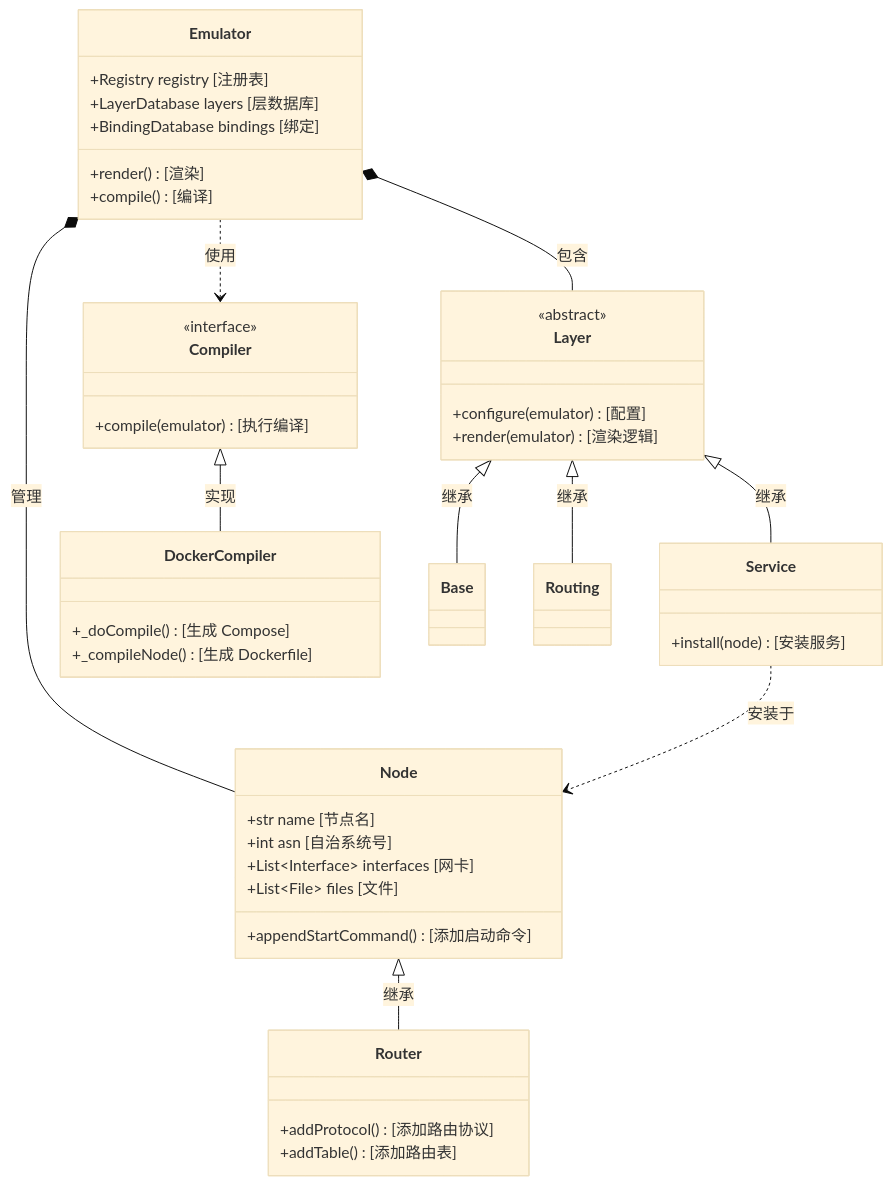
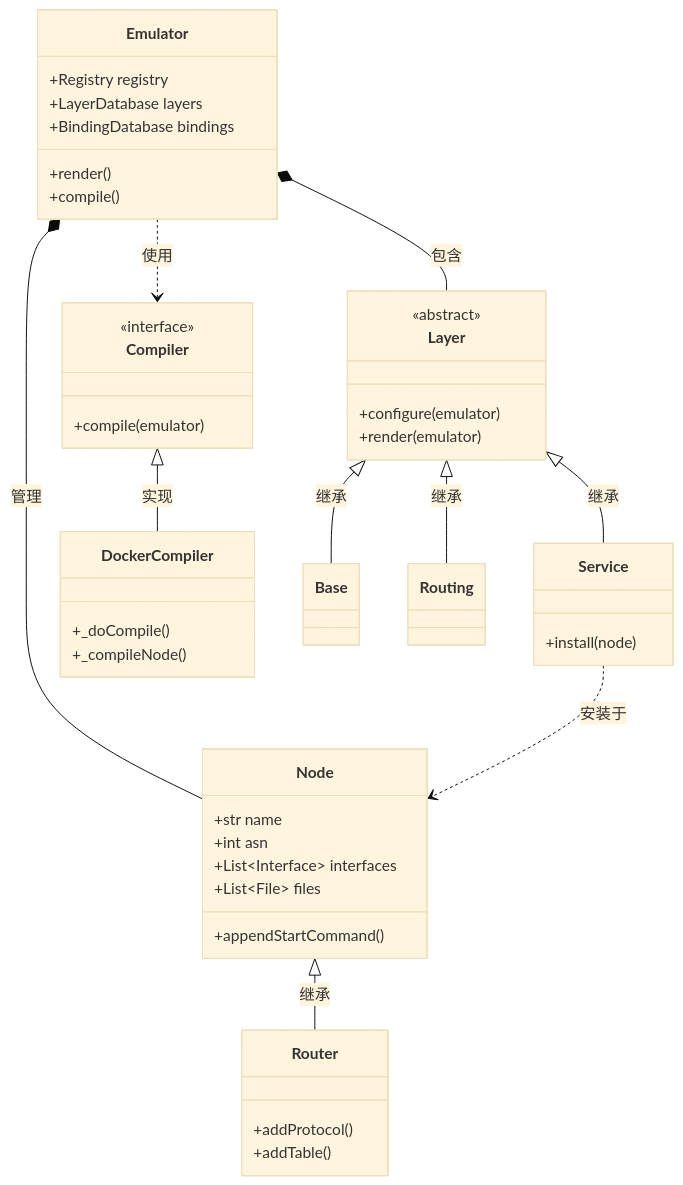
Before and after one commit to Anchorite-no/seed-emulator: the second of 3 diagrams in SEED_EMULATOR_DEEP_DIVE.md, drawn with Mermaid (base theme). The commit also changed other lines of this file, not shown here.

First line of the commit message:
Update SEED Emulator Whitepaper with deep features and localized diagrams

````diff
--- a/SEED_EMULATOR_DEEP_DIVE.md
+++ b/SEED_EMULATOR_DEEP_DIVE.md
@@ -79,53 +79,53 @@
 ```mermaid
 classDiagram
     class Emulator {
-        +Registry registry [注册表]
-        +LayerDatabase layers [层数据库]
-        +BindingDatabase bindings [绑定]
-        +render() [渲染]
-        +compile() [编译]
+        +Registry registry
+        +LayerDatabase layers
+        +BindingDatabase bindings
+        +render()
+        +compile()
     }
 
     class Layer {
         <<abstract>>
-        +configure(emulator) [配置]
-        +render(emulator) [渲染逻辑]
+        +configure(emulator)
+        +render(emulator)
     }
 
     class Service {
-        +install(node) [安装服务]
+        +install(node)
     }
 
     class Node {
-        +str name [节点名]
-        +int asn [自治系统号]
-        +List~Interface~ interfaces [网卡]
-        +List~File~ files [文件]
-        +appendStartCommand() [添加启动命令]
+        +str name
+        +int asn
+        +List~Interface~ interfaces
+        +List~File~ files
+        +appendStartCommand()
     }
 
     class Router {
-        +addProtocol() [添加路由协议]
-        +addTable() [添加路由表]
+        +addProtocol()
+        +addTable()
     }
 
     class Compiler {
         <<interface>>
-        +compile(emulator) [执行编译]
+        +compile(emulator)
     }
 
     class DockerCompiler {
-        +_doCompile() [生成 Compose]
-        +_compileNode() [生成 Dockerfile]
+        +_doCompile()
+        +_compileNode()
     }
 
     Emulator *-- Layer : 包含
     Emulator *-- Node : 管理
     Layer <|-- Service : 继承
     Layer <|-- Base : 继承
     Layer <|-- Routing : 继承
     Node <|-- Router : 继承
     Service ..> Node : 安装于
     Emulator ..> Compiler : 使用
     Compiler <|-- DockerCompiler : 实现
 ```
````
